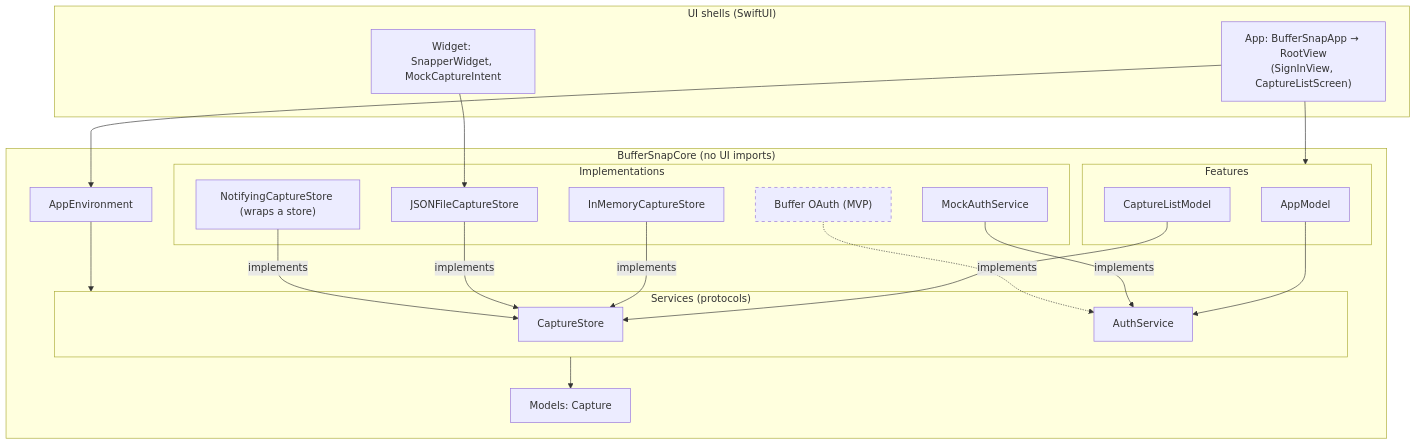
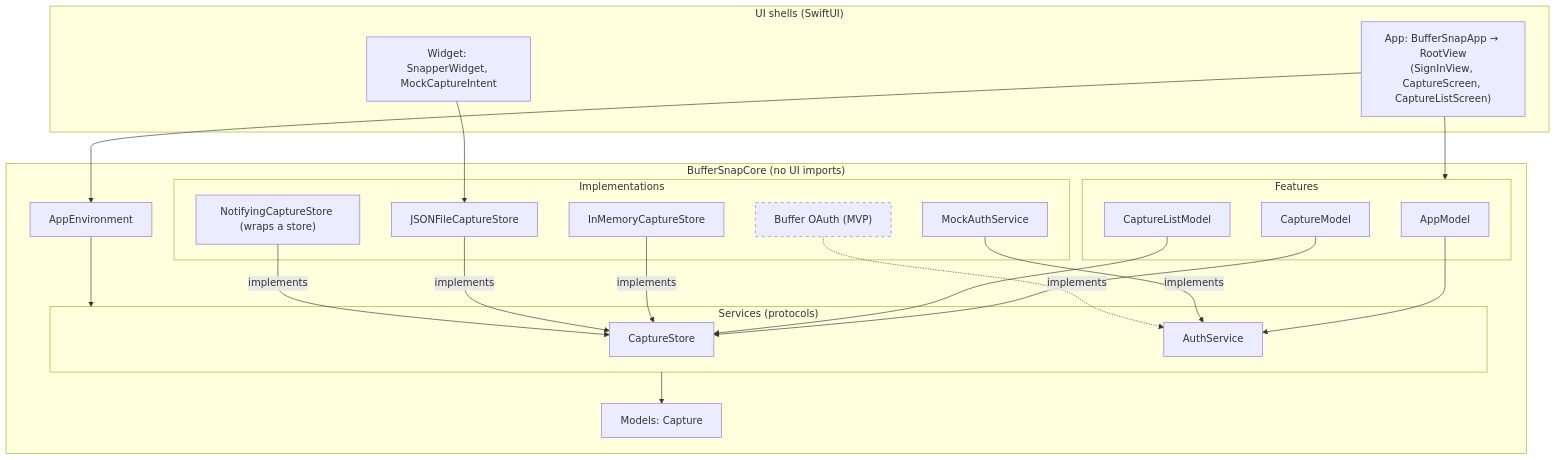
The first of 2 diagrams in docs/architecture.md (southp/buffer-snap), drawn with Mermaid before and after one commit. The commit also changed other lines of this file, not shown here.

First line of the commit message:
Docs: Describe the capture screen in the architecture

````diff
--- a/docs/architecture.md
+++ b/docs/architecture.md
@@ -27,43 +28,45 @@
 ```mermaid
 flowchart TD
     subgraph shells["UI shells (SwiftUI)"]
-        App["App: BufferSnapApp → RootView<br/>(SignInView, CaptureListScreen)"]
+        App["App: BufferSnapApp → RootView<br/>(SignInView, CaptureScreen, CaptureListScreen)"]
         Widget["Widget: SnapperWidget, MockCaptureIntent"]
     end
 
     subgraph core["BufferSnapCore (no UI imports)"]
         Env["AppEnvironment"]
         subgraph features["Features"]
             AppModel["AppModel"]
+            CaptureModel["CaptureModel"]
             CaptureListModel["CaptureListModel"]
         end
         subgraph services["Services (protocols)"]
             CaptureStore["CaptureStore"]
             AuthService["AuthService"]
         end
         subgraph impls["Implementations"]
             InMemory["InMemoryCaptureStore"]
             MockAuth["MockAuthService"]
             FileStore["JSONFileCaptureStore"]
             Notifying["NotifyingCaptureStore (wraps a store)"]
             OAuth["Buffer OAuth (MVP)"]
         end
         Capture["Models: Capture"]
     end
 
     App --> Env
     App --> features
     Widget --> FileStore
     Env --> services
     AppModel --> AuthService
+    CaptureModel --> CaptureStore
     CaptureListModel --> CaptureStore
     InMemory -->|implements| CaptureStore
     FileStore -->|implements| CaptureStore
     Notifying -->|implements| CaptureStore
     MockAuth -->|implements| AuthService
     OAuth -.->|implements| AuthService
     services --> Capture
 
     classDef planned stroke-dasharray: 5 5
     class OAuth planned
 ```
````
